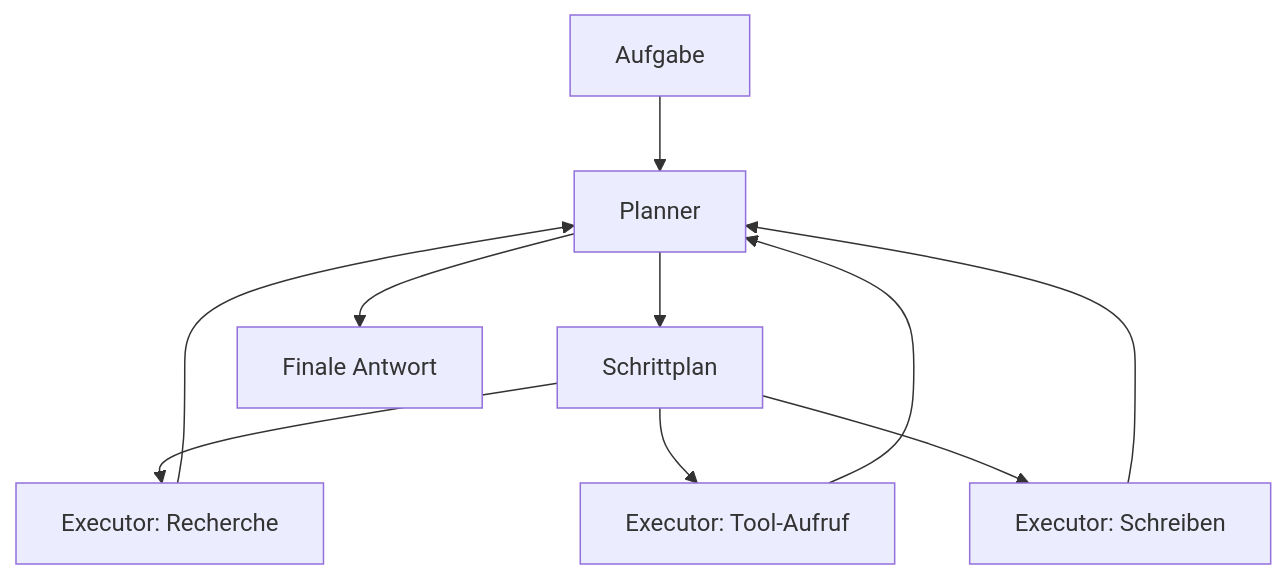
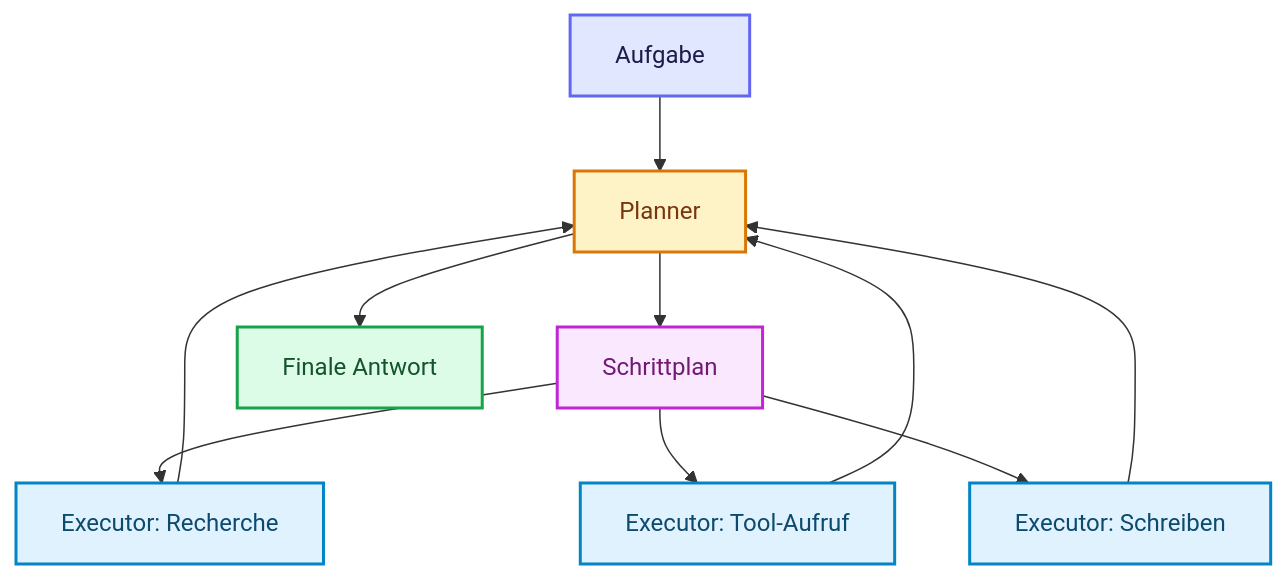
The fifth of 10 diagrams in docs/06-multi-agent-erweiterungen/multi-agent-systeme.md (ralf-42/Agenten), drawn with Mermaid before and after one commit. The commit also changed other lines of this file and 18 other files, not shown here.

````diff
--- a/docs/06-multi-agent-erweiterungen/multi-agent-systeme.md
+++ b/docs/06-multi-agent-erweiterungen/multi-agent-systeme.md
@@ -187,12 +221,23 @@
 ```mermaid
 flowchart TD
     A[Aufgabe] --> P[Planner]
     P --> L[Schrittplan]
     L --> E1[Executor: Recherche]
     L --> E2[Executor: Tool-Aufruf]
     L --> E3[Executor: Schreiben]
     E1 --> P
     E2 --> P
     E3 --> P
     P --> F[Finale Antwort]
+
+    classDef default fill:#e0f2fe,stroke:#0284c7,stroke-width:2px,color:#0c4a6e;
+    classDef input fill:#e0e7ff,stroke:#6366f1,stroke-width:2px,color:#1e1b4b;
+    classDef metric fill:#fef3c7,stroke:#d97706,stroke-width:2px,color:#78350f;
+    classDef output fill:#dcfce7,stroke:#16a34a,stroke-width:2px,color:#14532d;
+    classDef target fill:#fae8ff,stroke:#c026d3,stroke-width:2px,color:#701a75;
+
+    class A input;
+    class P metric;
+    class F output;
+    class L target;
 ```
````
